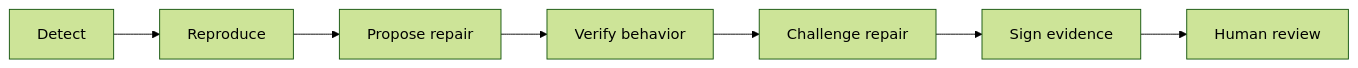
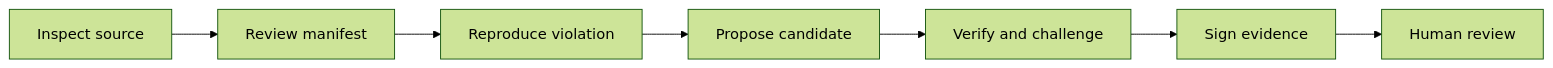
The diagram in README.md (armaan-1207/Pratirodh), drawn with Mermaid (forest theme) before and after one commit. The commit also changed other lines of this file and 11 other files, not shown here.

````diff
--- a/README.md
+++ b/README.md
@@ -36,9 +40,9 @@
 ```mermaid
 flowchart LR
-    A[Detect] --> B[Reproduce]
-    B --> C[Propose repair]
-    C --> D[Verify behavior]
-    D --> E[Challenge repair]
+    A[Inspect source] --> B[Review manifest]
+    B --> C[Reproduce violation]
+    C --> D[Propose candidate]
+    D --> E[Verify and challenge]
     E --> F[Sign evidence]
     F --> G[Human review]
 ```
````
